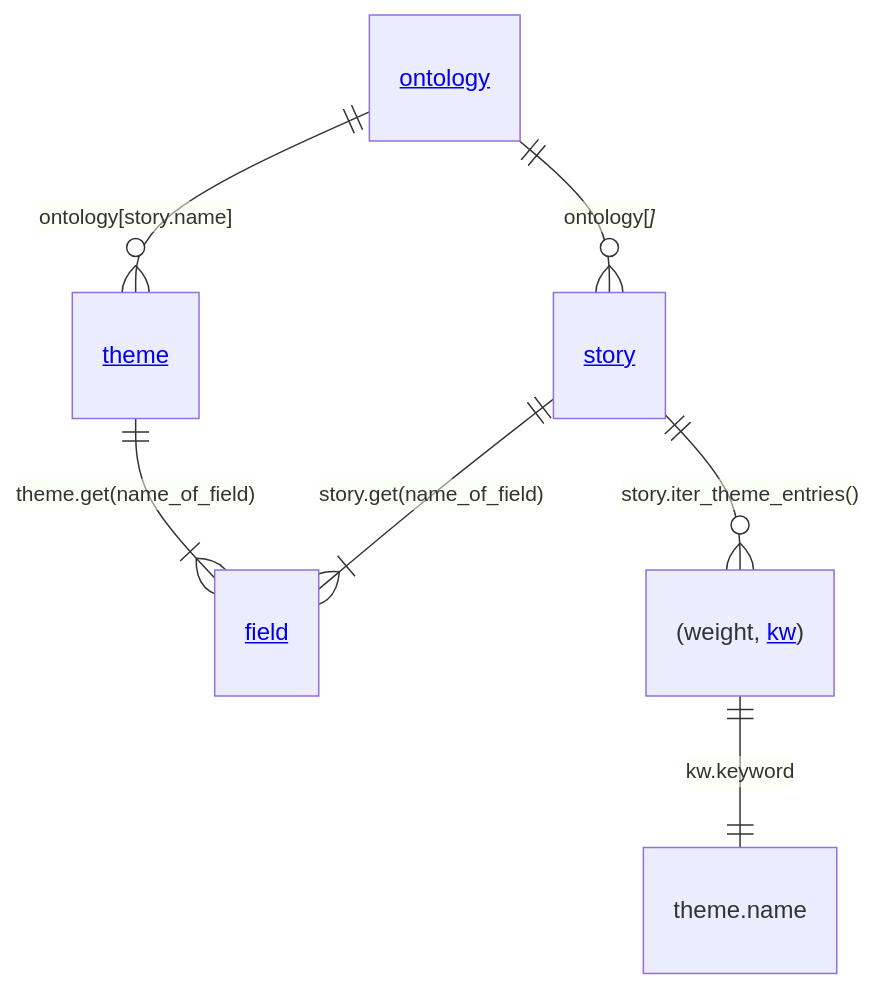
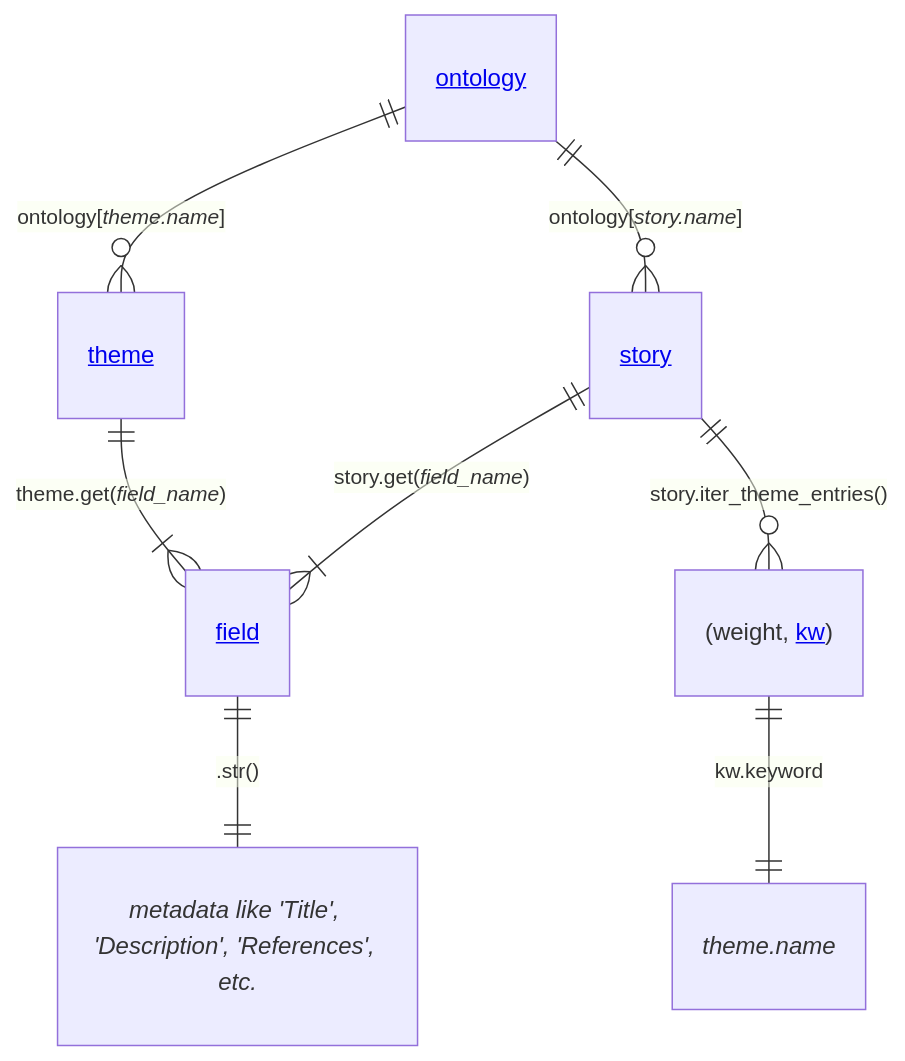
Before and after one commit to theme-ontology/python-totolo: the diagram in README.md, drawn with Mermaid.

````diff
--- a/README.md
+++ b/README.md
@@ -17,9 +17,10 @@
 ```mermaid
 erDiagram
-    "<A href='https://github.com/theme-ontology/python-totolo/blob/main/totolo/ontology.py'>ontology</A>" ||--o{ "<A href='https://github.com/theme-ontology/python-totolo/blob/main/totolo/story.py'>story</A>" : "ontology[<i><smalletheme.name</i>]"
-    "<A href='https://github.com/theme-ontology/python-totolo/blob/main/totolo/ontology.py'>ontology</A>" ||--o{ "<A href='https://github.com/theme-ontology/python-totolo/blob/main/totolo/theme.py'>theme</A>" : "ontology[story.name]"
-    "<A href='https://github.com/theme-ontology/python-totolo/blob/main/totolo/theme.py'>theme</A>" ||--|{ "<A href='https://github.com/theme-ontology/python-totolo/blob/main/totolo/field.py'>field</A>" : "theme.get(name_of_field)"
-    "<A href='https://github.com/theme-ontology/python-totolo/blob/main/totolo/story.py'>story</A>" ||--|{ "<A href='https://github.com/theme-ontology/python-totolo/blob/main/totolo/field.py'>field</A>" : "story.get(name_of_field)"
+    "<A href='https://github.com/theme-ontology/python-totolo/blob/main/totolo/ontology.py'>ontology</A>" ||--o{ "<A href='https://github.com/theme-ontology/python-totolo/blob/main/totolo/story.py'>story</A>" : "ontology[<i>story.name</i>]"
+    "<A href='https://github.com/theme-ontology/python-totolo/blob/main/totolo/ontology.py'>ontology</A>" ||--o{ "<A href='https://github.com/theme-ontology/python-totolo/blob/main/totolo/theme.py'>theme</A>" : "ontology[<i>theme.name</i>]"
+    "<A href='https://github.com/theme-ontology/python-totolo/blob/main/totolo/theme.py'>theme</A>" ||--|{ "<A href='https://github.com/theme-ontology/python-totolo/blob/main/totolo/field.py'>field</A>" : "theme.get(<i>field_name</i>)"
+    "<A href='https://github.com/theme-ontology/python-totolo/blob/main/totolo/story.py'>story</A>" ||--|{ "<A href='https://github.com/theme-ontology/python-totolo/blob/main/totolo/field.py'>field</A>" : "story.get(<i>field_name</i>)"
     "<A href='https://github.com/theme-ontology/python-totolo/blob/main/totolo/story.py'>story</A>" ||--o{ "(weight, <A href='https://github.com/theme-ontology/python-totolo/blob/main/totolo/keyword.py'>kw</A>)" : "story.iter_theme_entries()"
-    "(weight, <A href='https://github.com/theme-ontology/python-totolo/blob/main/totolo/keyword.py'>kw</A>)" 1--1 "theme.name" : "kw.keyword"
+    "(weight, <A href='https://github.com/theme-ontology/python-totolo/blob/main/totolo/keyword.py'>kw</A>)" 1--1 "<i>theme.name</i>" : "kw.keyword"
+    "<A href='https://github.com/theme-ontology/python-totolo/blob/main/totolo/field.py'>field</A>" 1--1 "<i>metadata like 'Title', 'Description', 'References', etc.</i>": ".str()"
 ```
````
